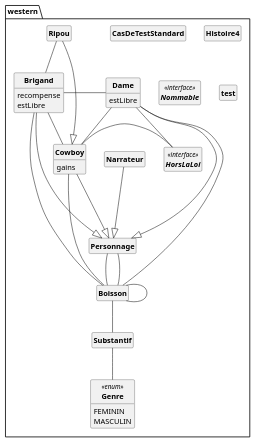
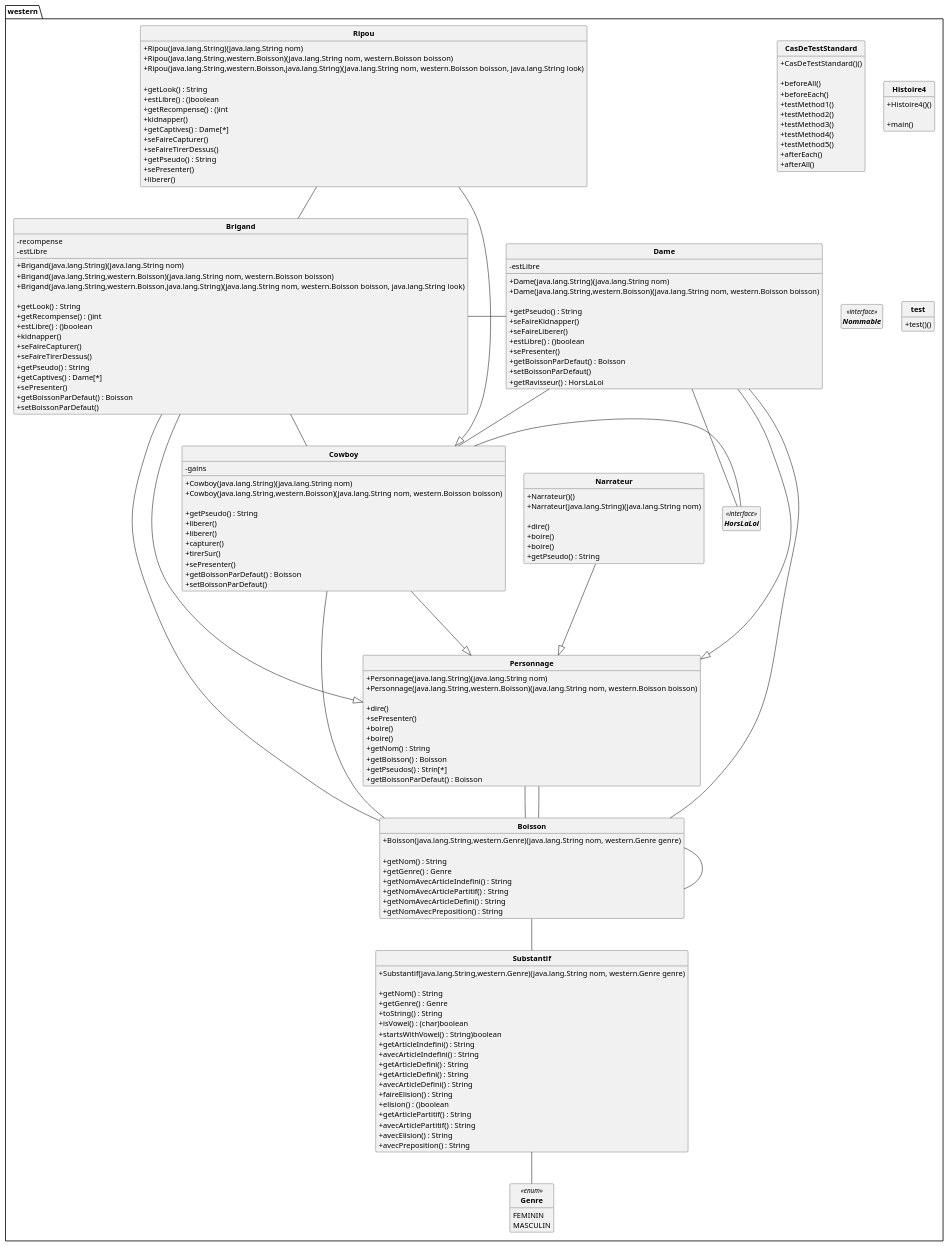
Before and after one commit to SylvainSchaefer/Java-to-PUML: the diagram in src/pumlFromJava/DC_Western.puml, drawn with PlantUML. The commit also changed 2 other files, not shown here.

```diff
--- a/src/pumlFromJava/DC_Western.puml
+++ b/src/pumlFromJava/DC_Western.puml
@@ -7,14 +7,39 @@
 
 Class western.Boisson{
 
++ Boisson(java.lang.String,western.Genre)(java.lang.String nom, western.Genre genre)
+
++ getNom() : String
++ getGenre() : Genre
++ getNomAvecArticleIndefini() : String
++ getNomAvecArticlePartitif() : String
++ getNomAvecArticleDefini() : String
++ getNomAvecPreposition() : String
+
 }
 western.Boisson -- western.Substantif
 western.Boisson -- western.Boisson
 
 
 Class western.Brigand{
-recompense
-estLibre
+- recompense
+- estLibre
+
++ Brigand(java.lang.String)(java.lang.String nom)
++ Brigand(java.lang.String,western.Boisson)(java.lang.String nom, western.Boisson boisson)
++ Brigand(java.lang.String,western.Boisson,java.lang.String)(java.lang.String nom, western.Boisson boisson, java.lang.String look)
+
++ getLook() : String
++ getRecompense() : ()int
++ estLibre() : ()boolean
++ kidnapper()
++ seFaireCapturer()
++ seFaireTirerDessus()
++ getPseudo() : String
++ getCaptives() : Dame[*]
++ sePresenter()
++ getBoissonParDefaut() : Boisson
++ setBoissonParDefaut()
 
 }
 western.Brigand - western.Dame
@@ -24,11 +49,35 @@
 western.Brigand ---|> western.Personnage
 Class western.CasDeTestStandard{
 
++ CasDeTestStandard()()
+
++ beforeAll()
++ beforeEach()
++ testMethod1()
++ testMethod2()
++ testMethod3()
++ testMethod4()
++ testMethod5()
++ afterEach()
++ afterAll()
+
 }
 
 
 Class western.Cowboy{
-gains
+- gains
+
++ Cowboy(java.lang.String)(java.lang.String nom)
++ Cowboy(java.lang.String,western.Boisson)(java.lang.String nom, western.Boisson boisson)
+
++ getPseudo() : String
++ liberer()
++ liberer()
++ capturer()
++ tirerSur()
++ sePresenter()
++ getBoissonParDefaut() : Boisson
++ setBoissonParDefaut()
 
 }
 western.Cowboy - western.HorsLaLoi
@@ -36,7 +85,19 @@
 
 western.Cowboy ---|> western.Personnage
 Class western.Dame{
-estLibre
+- estLibre
+
++ Dame(java.lang.String)(java.lang.String nom)
++ Dame(java.lang.String,western.Boisson)(java.lang.String nom, western.Boisson boisson)
+
++ getPseudo() : String
++ seFaireKidnapper()
++ seFaireLiberer()
++ estLibre() : ()boolean
++ sePresenter()
++ getBoissonParDefaut() : Boisson
++ setBoissonParDefaut()
++ getRavisseur() : HorsLaLoi
 
 }
 western.Dame -- western.Cowboy
@@ -51,12 +112,24 @@
 }
 Class western.Histoire4{
 
++ Histoire4()()
+
++ main()
+
 }
 
 
 Interface western.HorsLaLoi<<interface>> {
 }
 Class western.Narrateur{
+
++ Narrateur()()
++ Narrateur(java.lang.String)(java.lang.String nom)
+
++ dire()
++ boire()
++ boire()
++ getPseudo() : String
 
 }
 
@@ -65,6 +138,18 @@
 }
 Class western.Personnage{
 
++ Personnage(java.lang.String)(java.lang.String nom)
++ Personnage(java.lang.String,western.Boisson)(java.lang.String nom, western.Boisson boisson)
+
++ dire()
++ sePresenter()
++ boire()
++ boire()
++ getNom() : String
++ getBoisson() : Boisson
++ getPseudos() : Strin[*]
++ getBoissonParDefaut() : Boisson
+
 }
 western.Personnage -- western.Boisson
 western.Personnage -- western.Boisson
@@ -72,11 +157,45 @@
 
 Class western.Ripou{
 
++ Ripou(java.lang.String)(java.lang.String nom)
++ Ripou(java.lang.String,western.Boisson)(java.lang.String nom, western.Boisson boisson)
++ Ripou(java.lang.String,western.Boisson,java.lang.String)(java.lang.String nom, western.Boisson boisson, java.lang.String look)
+
++ getLook() : String
++ estLibre() : ()boolean
++ getRecompense() : ()int
++ kidnapper()
++ getCaptives() : Dame[*]
++ seFaireCapturer()
++ seFaireTirerDessus()
++ getPseudo() : String
++ sePresenter()
++ liberer()
+
 }
 western.Ripou -- western.Brigand
 
 western.Ripou ---|> western.Cowboy
 Class western.Substantif{
+
++ Substantif(java.lang.String,western.Genre)(java.lang.String nom, western.Genre genre)
+
++ getNom() : String
++ getGenre() : Genre
++ toString() : String
++ isVowel() : (char)boolean
++ startsWithVowel() : String)boolean
++ getArticleIndefini() : String
++ avecArticleIndefini() : String
++ getArticleDefini() : String
++ getArticleDefini() : String
++ avecArticleDefini() : String
++ faireElision() : String
++ elision() : ()boolean
++ getArticlePartitif() : String
++ avecArticlePartitif() : String
++ avecElision() : String
++ avecPreposition() : String
 
 }
 western.Substantif -- western.Genre
@@ -84,6 +203,9 @@
 
 Class western.test{
 
++ test()()
+
+
 }
 
 
```
